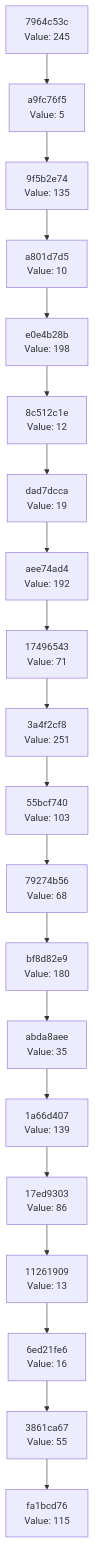
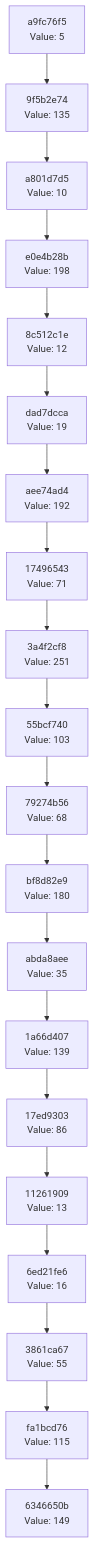
The diagram in docs/CHAIN_VISUALIZATION.md (Abhisheksinha1506/hash-chain-evolver), drawn with Mermaid before and after one commit. The commit also changed 2 other files, not shown here.

Commit message:
Evolution step: hash 0x95 → action executed

````diff
--- a/docs/CHAIN_VISUALIZATION.md
+++ b/docs/CHAIN_VISUALIZATION.md
@@ -3,42 +3,42 @@
 ```mermaid
 graph TD
-    C0["fa1bcd76<br/>Value: 115"]
-    C1["3861ca67<br/>Value: 55"]
+    C0["6346650b<br/>Value: 149"]
+    C1["fa1bcd76<br/>Value: 115"]
     C1 --> C0
-    C2["6ed21fe6<br/>Value: 16"]
+    C2["3861ca67<br/>Value: 55"]
     C2 --> C1
-    C3["11261909<br/>Value: 13"]
+    C3["6ed21fe6<br/>Value: 16"]
     C3 --> C2
-    C4["17ed9303<br/>Value: 86"]
+    C4["11261909<br/>Value: 13"]
     C4 --> C3
-    C5["1a66d407<br/>Value: 139"]
+    C5["17ed9303<br/>Value: 86"]
     C5 --> C4
-    C6["abda8aee<br/>Value: 35"]
+    C6["1a66d407<br/>Value: 139"]
     C6 --> C5
-    C7["bf8d82e9<br/>Value: 180"]
+    C7["abda8aee<br/>Value: 35"]
     C7 --> C6
-    C8["79274b56<br/>Value: 68"]
+    C8["bf8d82e9<br/>Value: 180"]
     C8 --> C7
-    C9["55bcf740<br/>Value: 103"]
+    C9["79274b56<br/>Value: 68"]
     C9 --> C8
-    C10["3a4f2cf8<br/>Value: 251"]
+    C10["55bcf740<br/>Value: 103"]
     C10 --> C9
-    C11["17496543<br/>Value: 71"]
+    C11["3a4f2cf8<br/>Value: 251"]
     C11 --> C10
-    C12["aee74ad4<br/>Value: 192"]
+    C12["17496543<br/>Value: 71"]
     C12 --> C11
-    C13["dad7dcca<br/>Value: 19"]
+    C13["aee74ad4<br/>Value: 192"]
     C13 --> C12
-    C14["8c512c1e<br/>Value: 12"]
+    C14["dad7dcca<br/>Value: 19"]
     C14 --> C13
-    C15["e0e4b28b<br/>Value: 198"]
+    C15["8c512c1e<br/>Value: 12"]
     C15 --> C14
-    C16["a801d7d5<br/>Value: 10"]
+    C16["e0e4b28b<br/>Value: 198"]
     C16 --> C15
-    C17["9f5b2e74<br/>Value: 135"]
+    C17["a801d7d5<br/>Value: 10"]
     C17 --> C16
-    C18["a9fc76f5<br/>Value: 5"]
+    C18["9f5b2e74<br/>Value: 135"]
     C18 --> C17
-    C19["7964c53c<br/>Value: 245"]
+    C19["a9fc76f5<br/>Value: 5"]
     C19 --> C18
 ```
````
